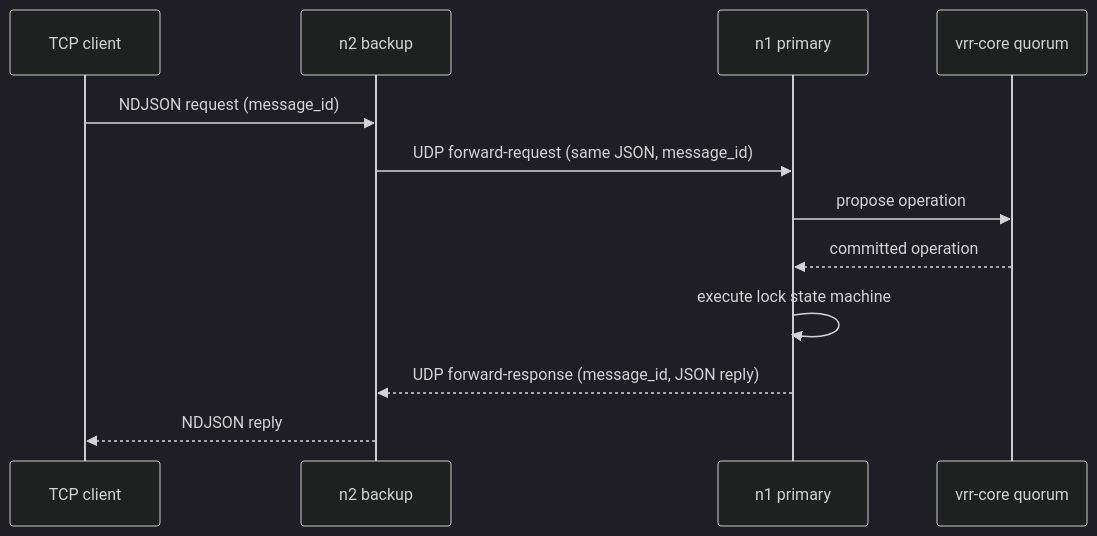
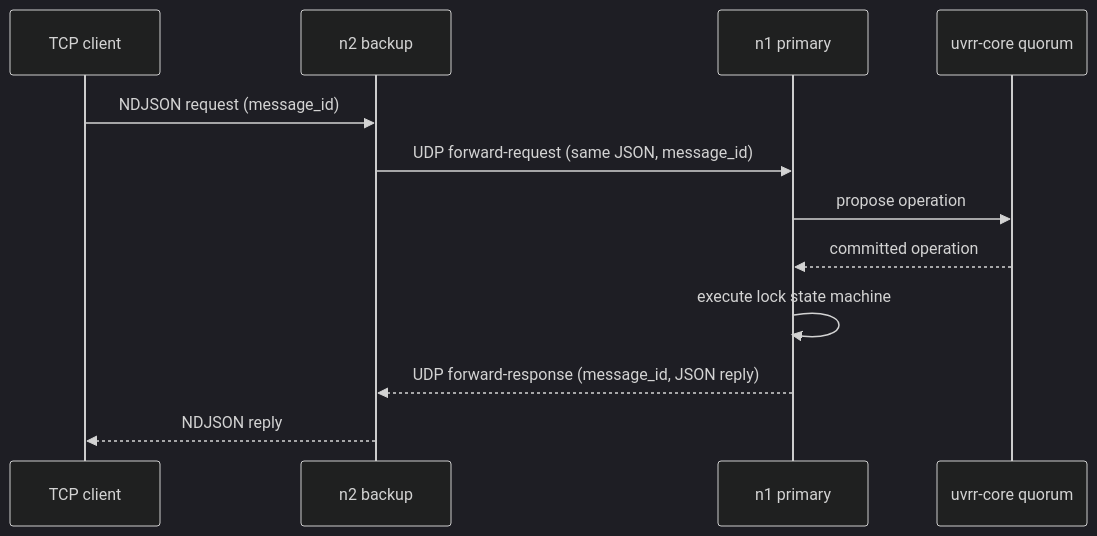
One commit to lua-lunet/lunet-locks changed the second of 3 diagrams in docs/src/architecture.md. Above: the diagram before and after it, drawn with Mermaid (dark theme). The commit also changed other lines of this file and 54 other files, not shown here.

````diff
--- a/docs/src/architecture.md
+++ b/docs/src/architecture.md
@@ -91,14 +179,14 @@
 ```mermaid
 sequenceDiagram
     participant C as TCP client
     participant F as n2 backup
     participant L as n1 primary
-    participant V as vrr-core quorum
+    participant V as uvrr-core quorum
     C->>F: NDJSON request (message_id)
     F->>L: UDP forward-request (same JSON, message_id)
     L->>V: propose operation
     V-->>L: committed operation
     L->>L: execute lock state machine
     L-->>F: UDP forward-response (message_id, JSON reply)
     F-->>C: NDJSON reply
 ```
````
